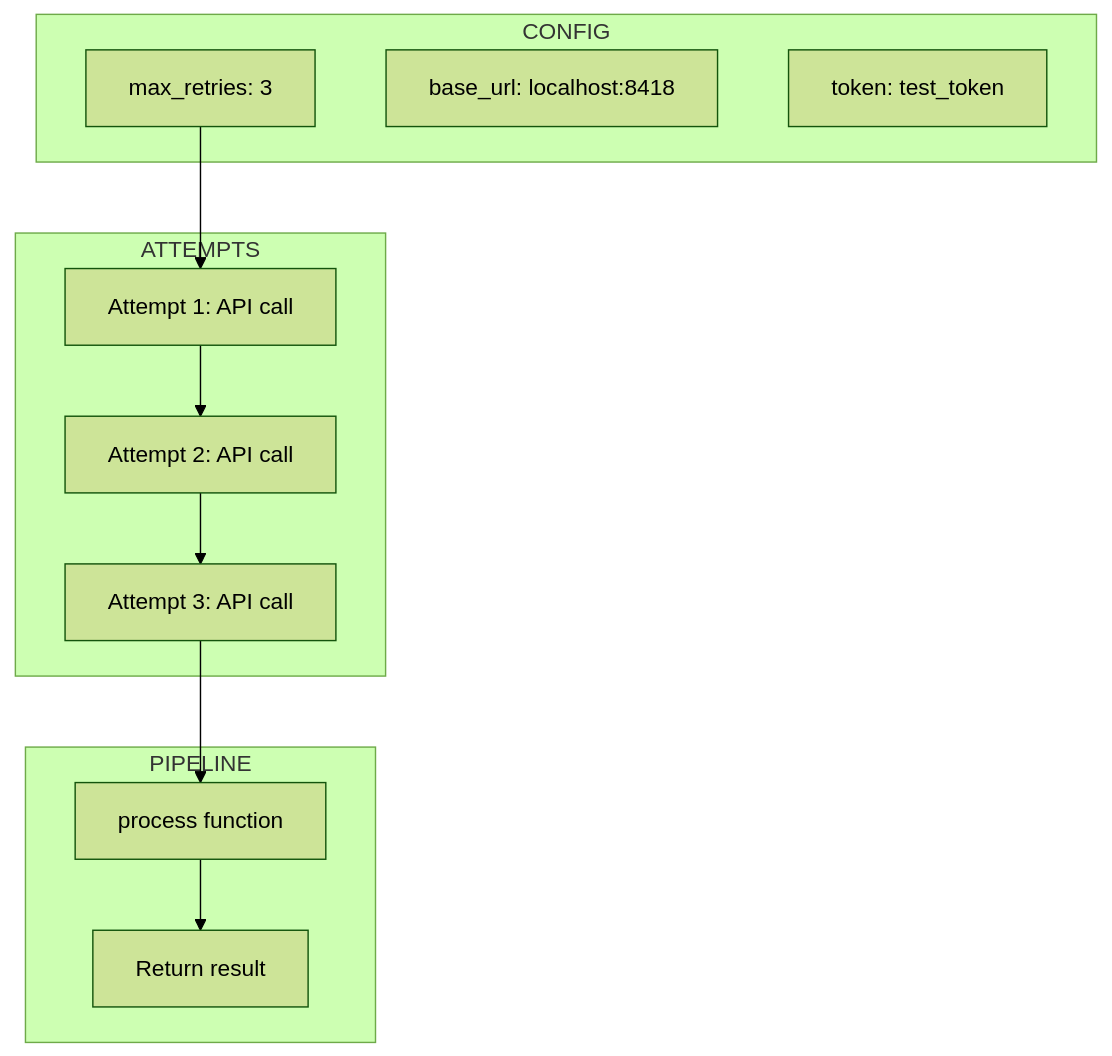
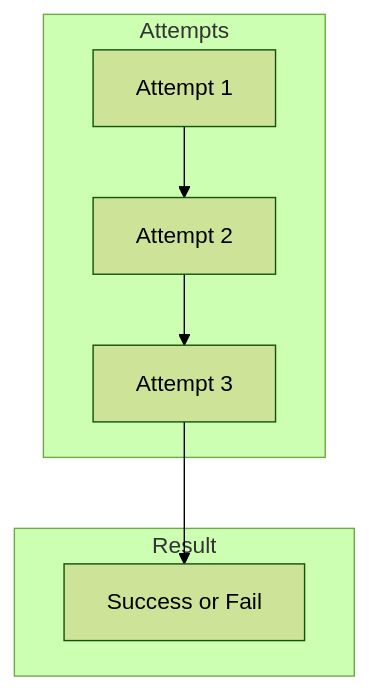
The third of 5 diagrams in examples/api_pipeline/07_api_retry_config/README.md (wisrovi/wpipe), drawn with Mermaid (forest theme) before and after one commit. The commit also changed other lines of this file and 20 other files, not shown here.

First line of the commit message:
Simplify Mermaid diagrams for better rendering

````diff
--- a/examples/api_pipeline/07_api_retry_config/README.md
+++ b/examples/api_pipeline/07_api_retry_config/README.md
@@ -42,21 +37,16 @@
 ```mermaid
 graph TB
-    subgraph CONFIG
-        C1[max_retries: 3]
-        C2[base_url: localhost:8418]
-        C3[token: test_token]
+    subgraph Attempts
+        A1[Attempt 1]
+        A2[Attempt 2]
+        A3[Attempt 3]
     end
     
-    subgraph ATTEMPTS
-        A1[Attempt 1: API call]
-        A2[Attempt 2: API call]
-        A3[Attempt 3: API call]
+    subgraph Result
+        B[Success or Fail]
     end
     
-    subgraph PIPELINE
-        P1[process function]
-        P2[Return result]
-    end
-    
-    C1 --> A1 --> A2 --> A3 --> P1 --> P2
+    A1 --> A2
+    A2 --> A3
+    A3 --> B
 ```
````
